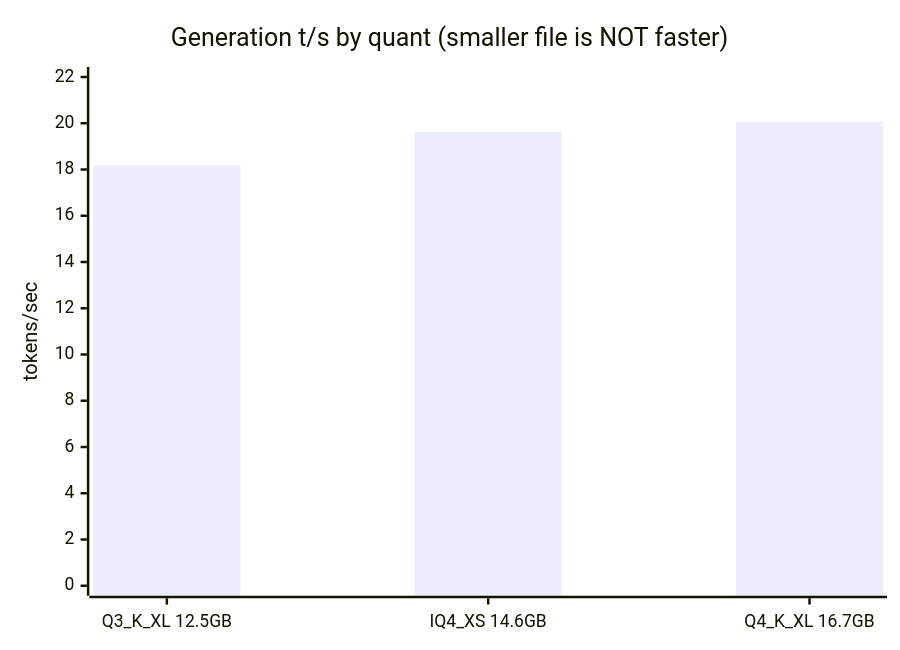
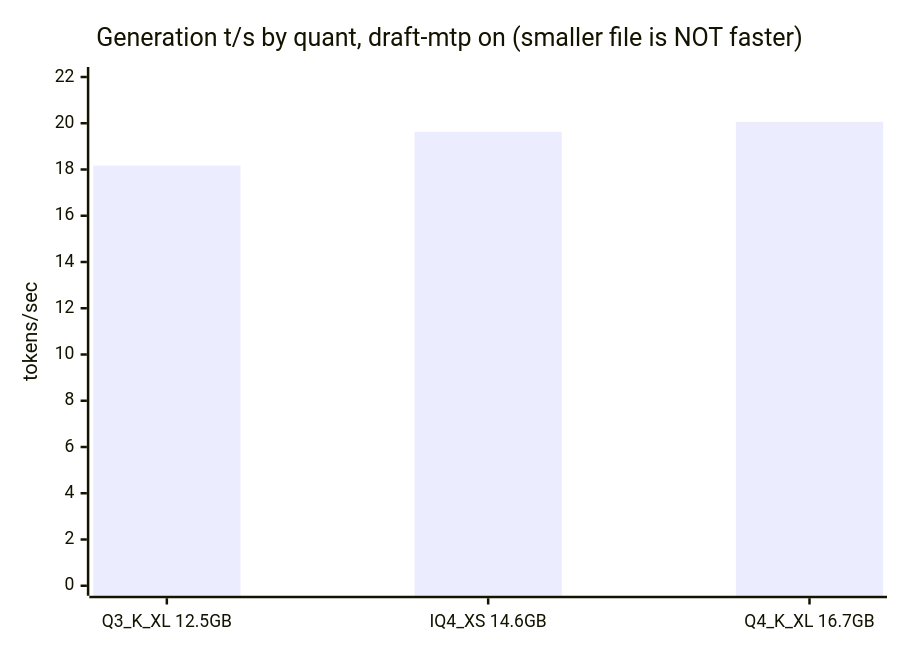
One commit to lazarevtill/strix-halo-llm changed the third of 3 diagrams in docs/RESULTS.md. Above: the diagram before and after it, drawn with Mermaid. The commit also changed other lines of this file and 2 other files, not shown here.

````diff
--- a/docs/RESULTS.md
+++ b/docs/RESULTS.md
@@ -74,7 +74,7 @@
 ```mermaid
 xychart-beta
-    title "Generation t/s by quant (smaller file is NOT faster)"
+    title "Generation t/s by quant, draft-mtp on (smaller file is NOT faster)"
     x-axis ["Q3_K_XL 12.5GB", "IQ4_XS 14.6GB", "Q4_K_XL 16.7GB"]
     y-axis "tokens/sec" 0 --> 22
     bar [18.17, 19.63, 20.06]
 ```
````
